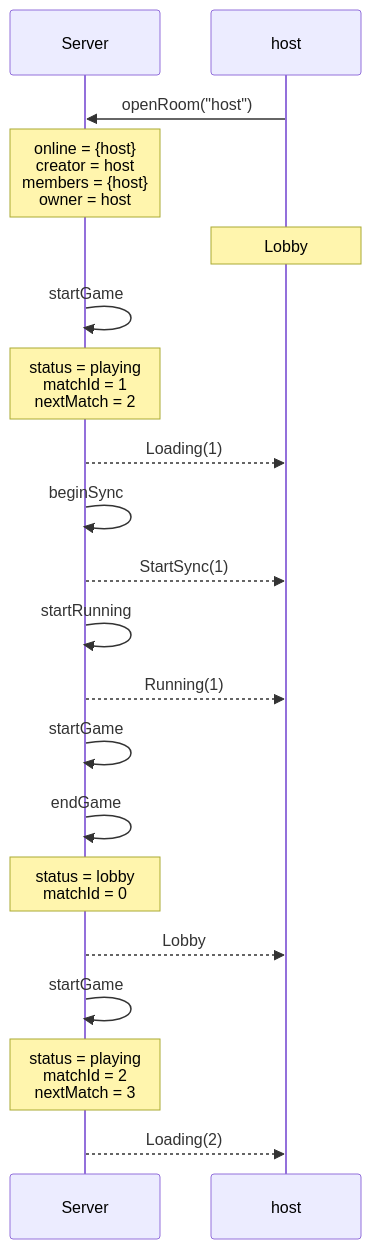
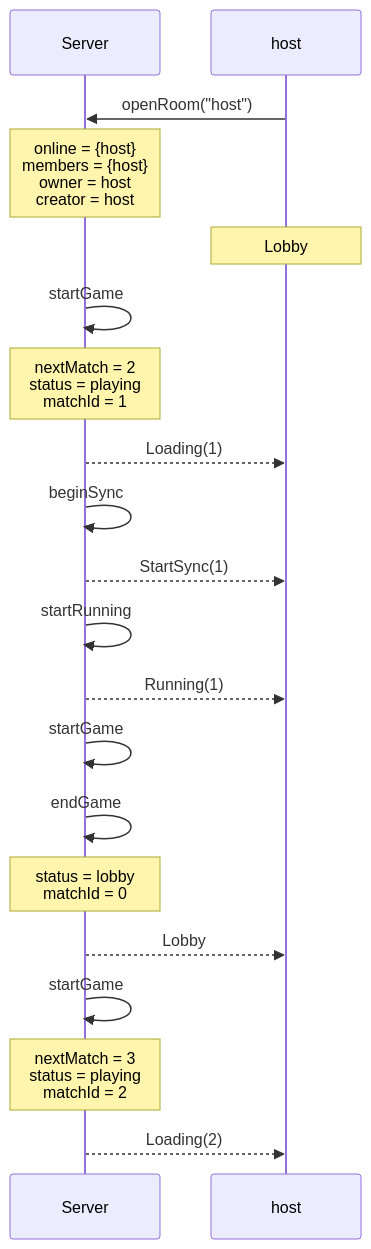
One commit to kwilson21/kaillera-next changed diagram 12 of 41 in docs/spec-traces.md. Above: the diagram before and after it, drawn with Mermaid. The commit also changed other lines of this file and 102 other files, not shown here.

````diff
--- a/docs/spec-traces.md
+++ b/docs/spec-traces.md
@@ -50,22 +204,22 @@
 ```mermaid
 sequenceDiagram
   participant Server
   participant host
   host->>Server: openRoom("host")
-  Note over Server: online = {host}<br/>creator = host<br/>members = {host}<br/>owner = host
+  Note over Server: online = {host}<br/>members = {host}<br/>owner = host<br/>creator = host
   Note over host: Lobby
   Server->>Server: startGame
-  Note over Server: status = playing<br/>matchId = 1<br/>nextMatch = 2
+  Note over Server: nextMatch = 2<br/>status = playing<br/>matchId = 1
   Server-->>host: Loading(1)
   Server->>Server: beginSync
   Server-->>host: StartSync(1)
   Server->>Server: startRunning
   Server-->>host: Running(1)
   Server->>Server: startGame
   Server->>Server: endGame
   Note over Server: status = lobby<br/>matchId = 0
   Server-->>host: Lobby
   Server->>Server: startGame
-  Note over Server: status = playing<br/>matchId = 2<br/>nextMatch = 3
+  Note over Server: nextMatch = 3<br/>status = playing<br/>matchId = 2
   Server-->>host: Loading(2)
 ```
````
